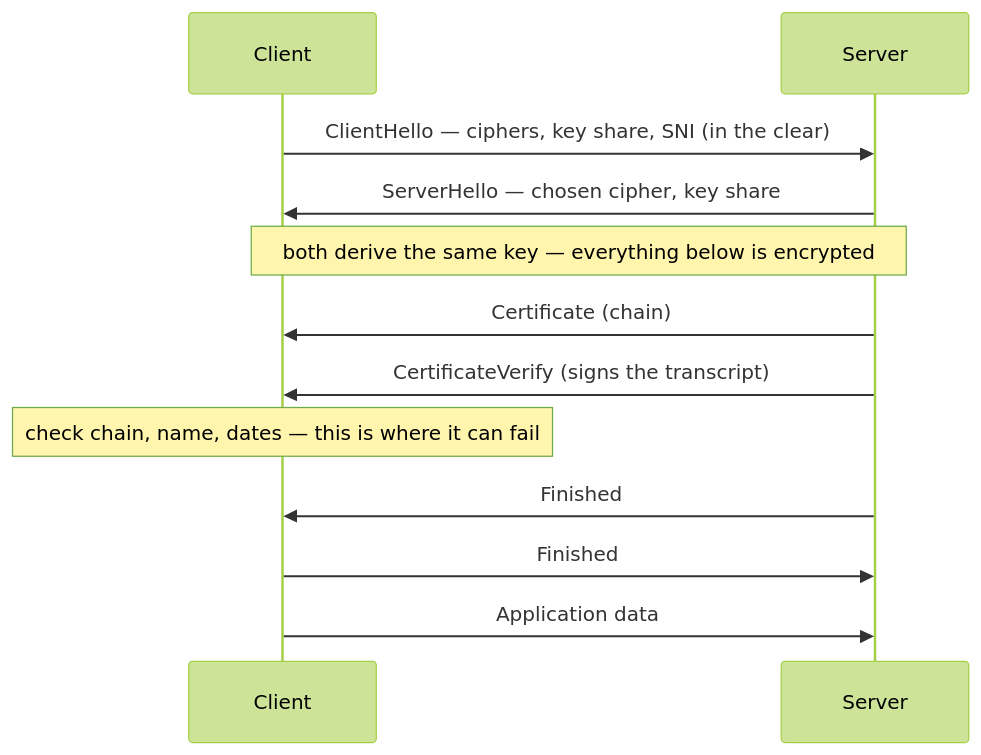
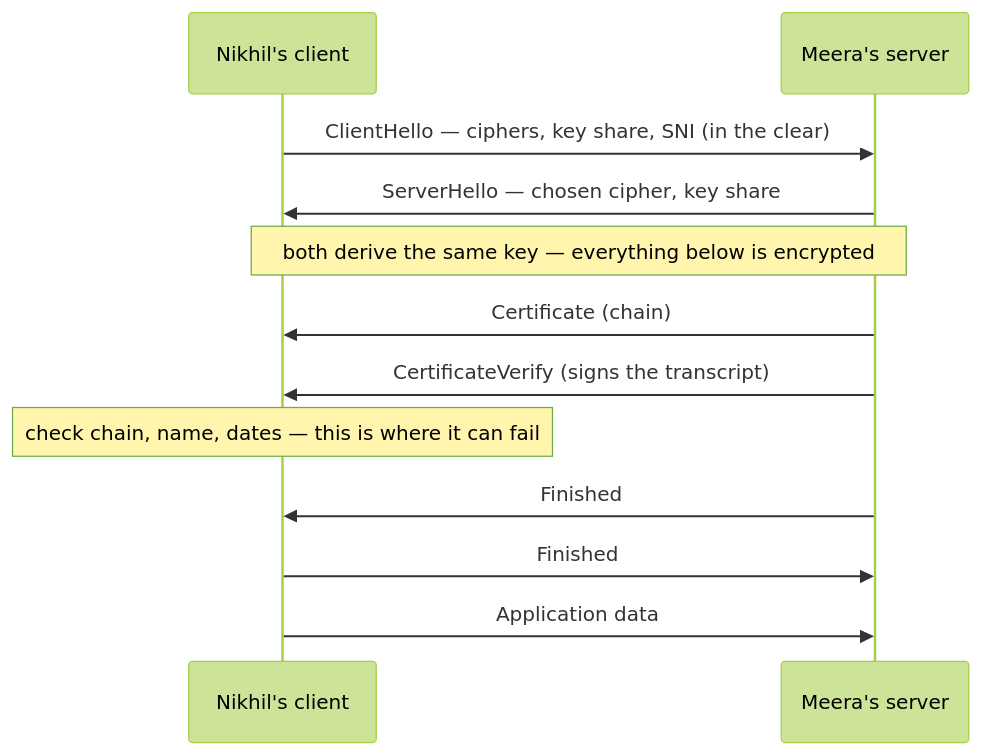
The first of 2 diagrams in tls/README.md (ravivarmachaluvadi/Learning), drawn with Mermaid (forest theme) before and after one commit. The commit also changed other lines of this file and 5 other files, not shown here.

````diff
--- a/tls/README.md
+++ b/tls/README.md
@@ -385,14 +568,14 @@
 ```mermaid
 sequenceDiagram
-    participant C as Client
-    participant S as Server
+    participant C as Nikhil's client
+    participant S as Meera's server
     C->>S: ClientHello — ciphers, key share, SNI (in the clear)
     S->>C: ServerHello — chosen cipher, key share
     Note over C,S: both derive the same key — everything below is encrypted
     S->>C: Certificate (chain)
     S->>C: CertificateVerify (signs the transcript)
     Note over C: check chain, name, dates — this is where it can fail
     S->>C: Finished
     C->>S: Finished
     C->>S: Application data
 ```
````
